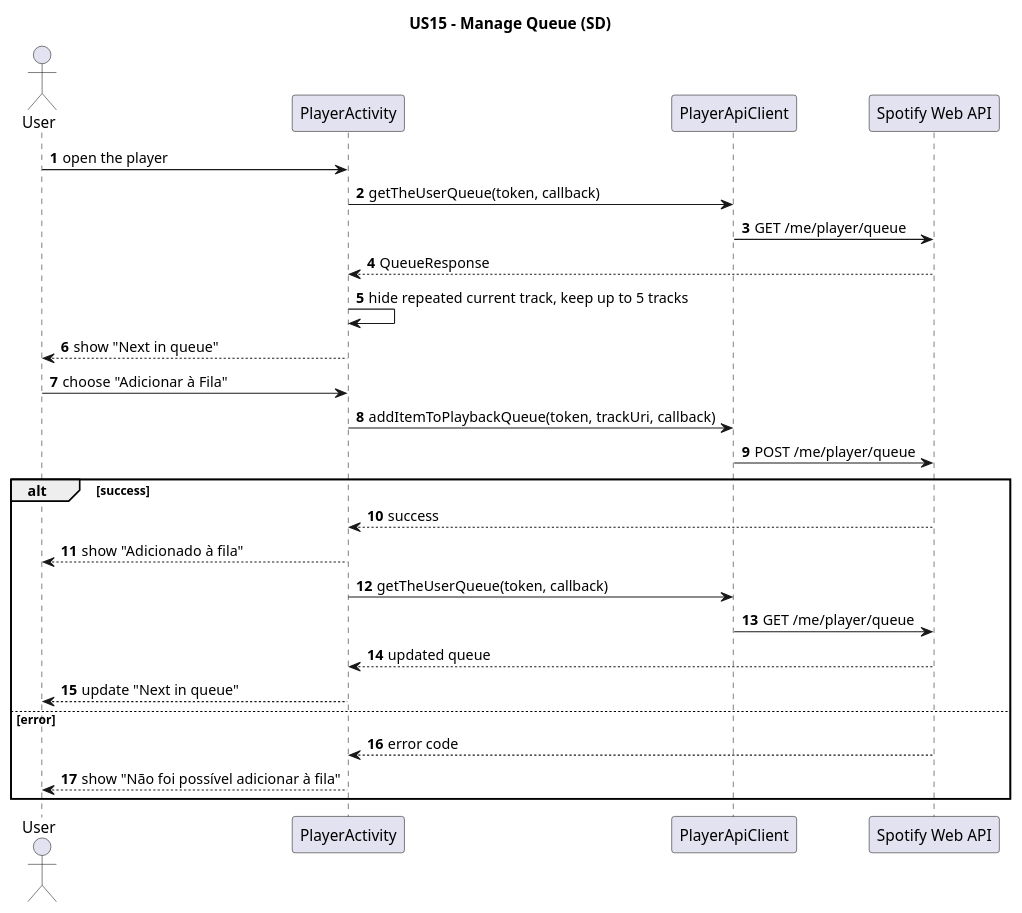
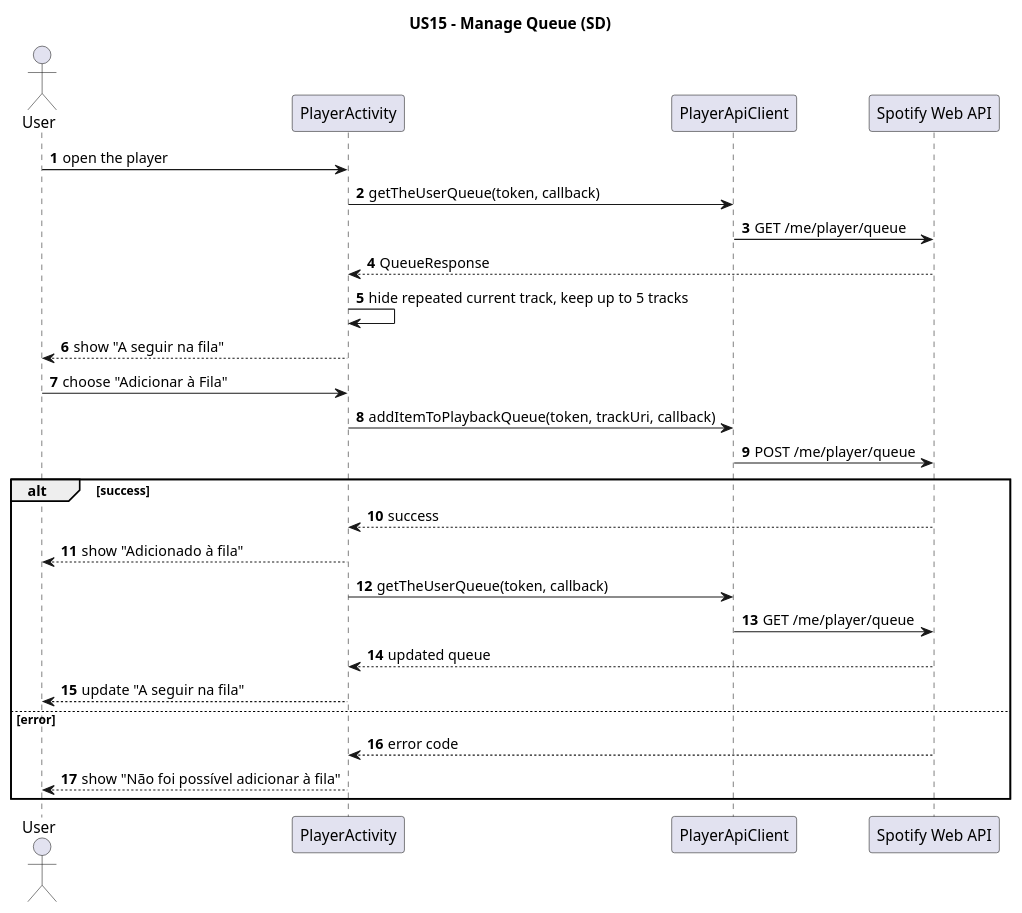
One commit to ricki0031/DSSMV_ProjectDroid_1211322_1211339 changed the diagram in docs/SSD_SD/SD/US15-ManageQueue-SD.puml. Above: the diagram before and after it, drawn with PlantUML. The commit also changed 2 other files, not shown here.

```diff
--- a/docs/SSD_SD/SD/US15-ManageQueue-SD.puml
+++ b/docs/SSD_SD/SD/US15-ManageQueue-SD.puml
@@ -1,34 +1,34 @@
 @startuml
 'https://plantuml.com/sequence-diagram
 autonumber
 title US15 - Manage Queue (SD)
 
 actor User
 participant "PlayerActivity" as Activity
 participant "PlayerApiClient" as Player
 participant "Spotify Web API" as Spotify
 
 User -> Activity: open the player
 Activity -> Player: getTheUserQueue(token, callback)
 Player -> Spotify: GET /me/player/queue
 Spotify --> Activity: QueueResponse
 Activity -> Activity: hide repeated current track, keep up to 5 tracks
-Activity --> User: show "Next in queue"
+Activity --> User: show "A seguir na fila"
 
 User -> Activity: choose "Adicionar à Fila"
 Activity -> Player: addItemToPlaybackQueue(token, trackUri, callback)
 Player -> Spotify: POST /me/player/queue
 
 alt success
     Spotify --> Activity: success
     Activity --> User: show "Adicionado à fila"
     Activity -> Player: getTheUserQueue(token, callback)
     Player -> Spotify: GET /me/player/queue
     Spotify --> Activity: updated queue
-    Activity --> User: update "Next in queue"
+    Activity --> User: update "A seguir na fila"
 else error
     Spotify --> Activity: error code
     Activity --> User: show "Não foi possível adicionar à fila"
 end
 
 @enduml
```
